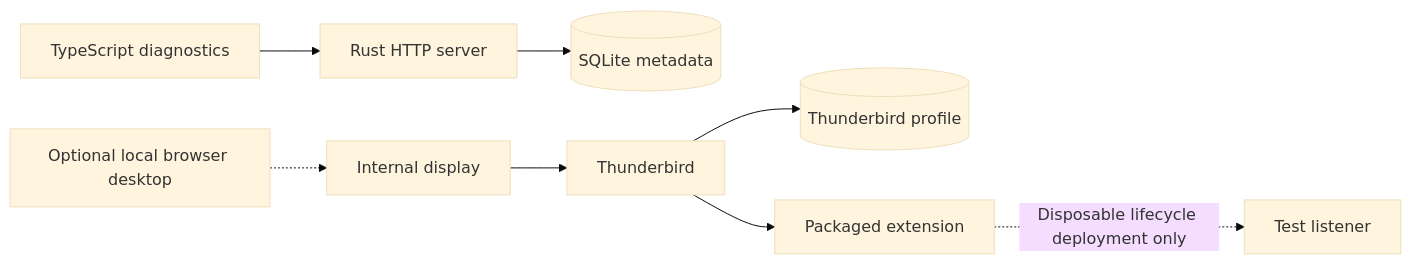
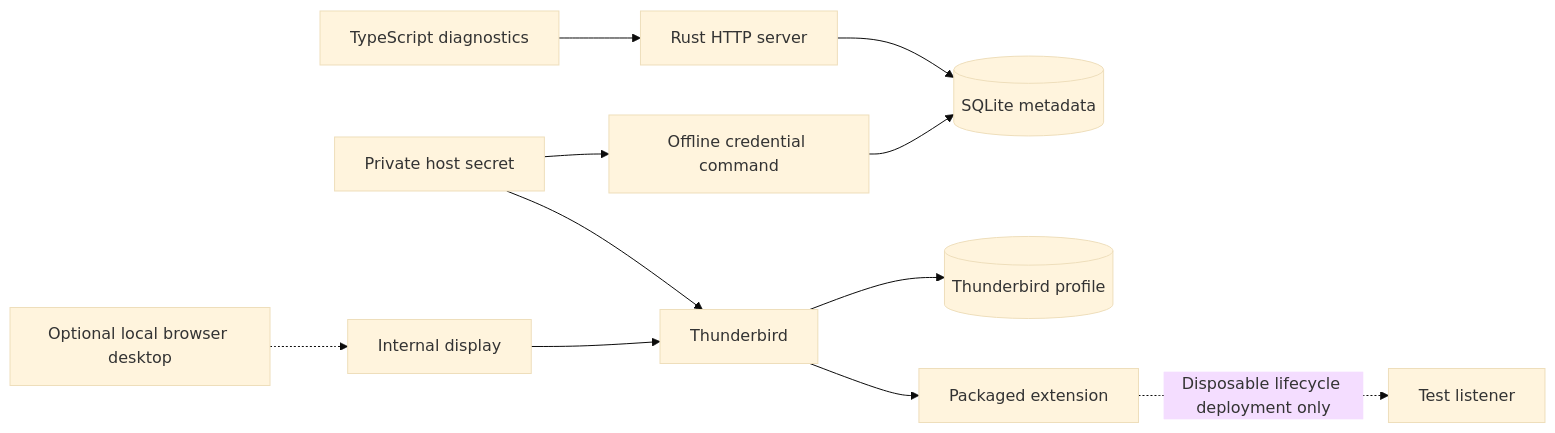
The diagram in docs/reference/architecture.md (woswos/raicho), drawn with Mermaid (base theme) before and after one commit. The commit also changed other lines of this file and 37 other files, not shown here.

````diff
--- a/docs/reference/architecture.md
+++ b/docs/reference/architecture.md
@@ -45,10 +52,13 @@
 ```mermaid
 flowchart LR
     Browser[TypeScript diagnostics] --> Server[Rust HTTP server]
     Server --> State[(SQLite metadata)]
+    Provisioner[Offline credential command] --> State
+    Secret[Private host secret] --> Provisioner
+    Secret --> Thunderbird
     Admin[Optional local browser desktop] -.-> Display[Internal display]
     Display --> Thunderbird[Thunderbird]
     Thunderbird --> Profile[(Thunderbird profile)]
     Thunderbird --> Extension[Packaged extension]
     Extension -.->|Disposable lifecycle deployment only| Probe[Test listener]
 ```
````
